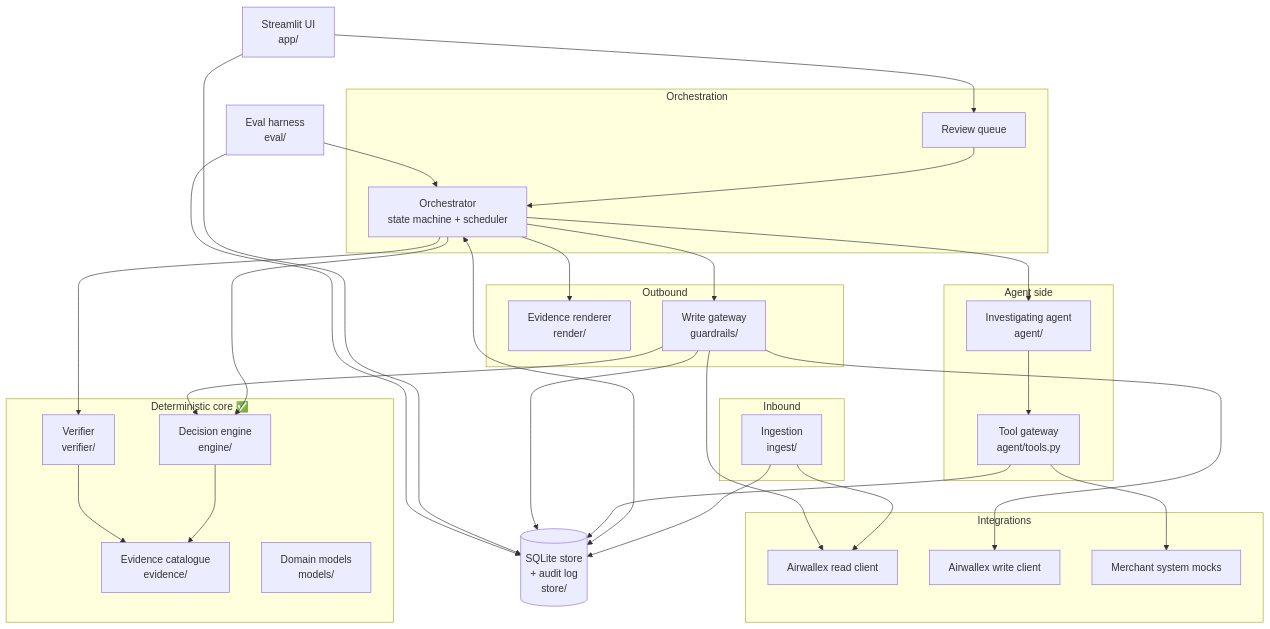
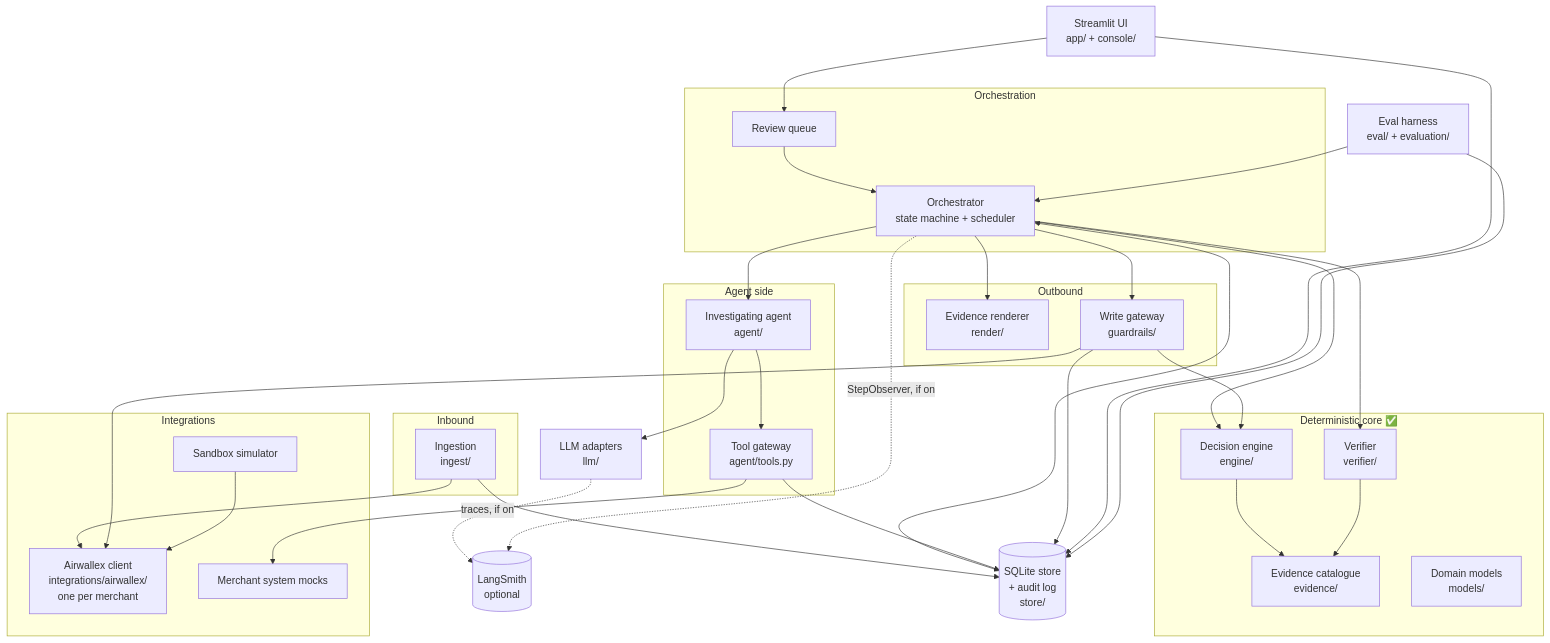
One commit to rachanna/nirnaya changed the second of 8 diagrams in docs/architecture.md. Above: the diagram before and after it, drawn with Mermaid. The commit also changed other lines of this file, not shown here.

First line of the commit message:
Architecture: bring statuses and details up to date with the build

````diff
--- a/docs/architecture.md
+++ b/docs/architecture.md
@@ -124,61 +124,66 @@
 ```mermaid
 flowchart TB
     subgraph Inbound
         ING[Ingestion<br/>ingest/]
     end
 
     subgraph Core["Deterministic core ✅"]
         ENG[Decision engine<br/>engine/]
         EVC[Evidence catalogue<br/>evidence/]
         VER[Verifier<br/>verifier/]
         MOD[Domain models<br/>models/]
     end
 
     subgraph Orchestration
         ORC[Orchestrator<br/>state machine + scheduler]
         REF[Review queue]
     end
 
     subgraph AgentSide["Agent side"]
         AGT[Investigating agent<br/>agent/]
         TG[Tool gateway<br/>agent/tools.py]
     end
 
     subgraph Outbound
         RND[Evidence renderer<br/>render/]
         WG[Write gateway<br/>guardrails/]
     end
 
     subgraph Integrations
-        AWR[Airwallex read client]
-        AWW[Airwallex write client]
+        AWC[Airwallex client<br/>integrations/airwallex/<br/>one per merchant]
+        SIM[Sandbox simulator]
         MCK[Merchant system mocks]
     end
 
+    LLM[LLM adapters<br/>llm/]
+    LS[(LangSmith<br/>optional)]
     STORE[(SQLite store<br/>+ audit log<br/>store/)]
-    UI[Streamlit UI<br/>app/]
-    EVAL[Eval harness<br/>eval/]
+    UI[Streamlit UI<br/>app/ + console/]
+    EVAL[Eval harness<br/>eval/ + evaluation/]
 
-    ING --> AWR
+    ING --> AWC
     ING --> STORE
     ORC --> ENG
     ORC --> VER
     ORC --> AGT
     ORC --> RND
     ORC --> WG
     ORC <--> STORE
     ENG --> EVC
     VER --> EVC
     AGT --> TG
     TG --> MCK
     TG --> STORE
-    WG --> AWR
-    WG --> AWW
+    WG --> AWC
     WG --> ENG
     WG --> STORE
     REF --> ORC
     UI --> STORE
     UI --> REF
     EVAL --> ORC
     EVAL --> STORE
+    AGT --> LLM
+    LLM -.->|traces, if on| LS
+    ORC -.->|StepObserver, if on| LS
+    SIM --> AWC
 ```
````
